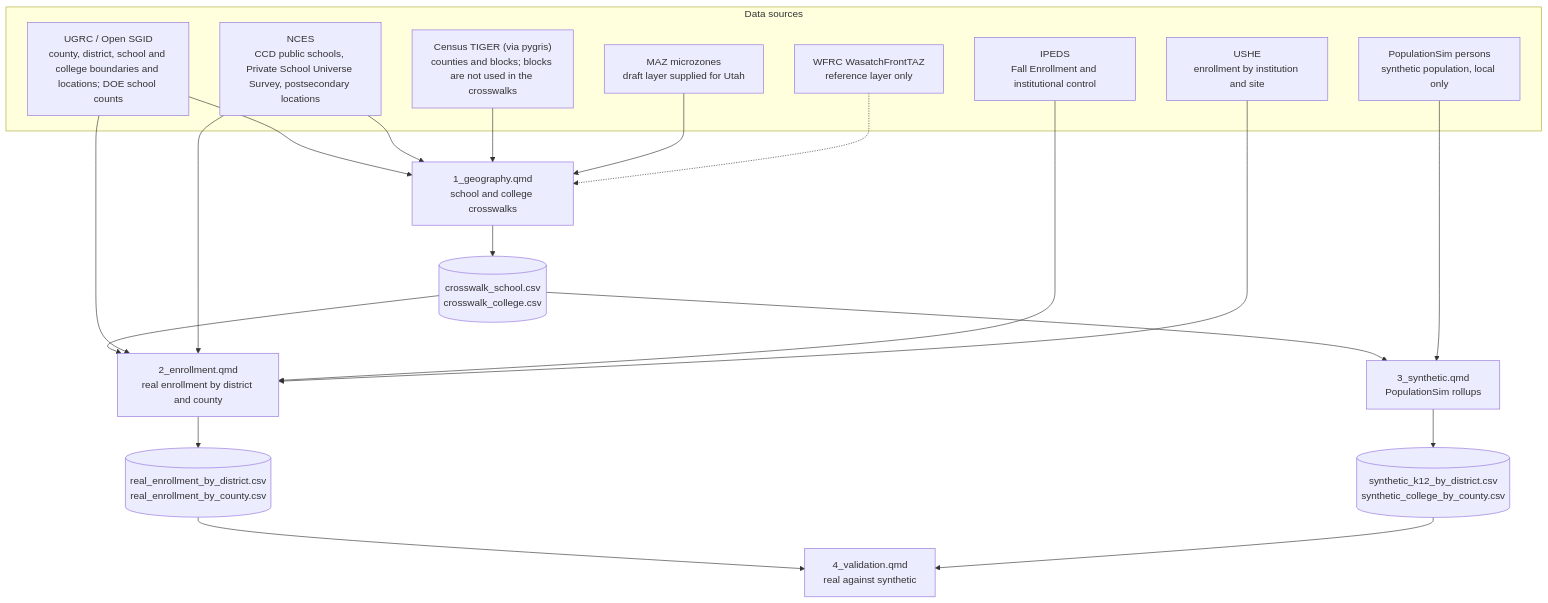
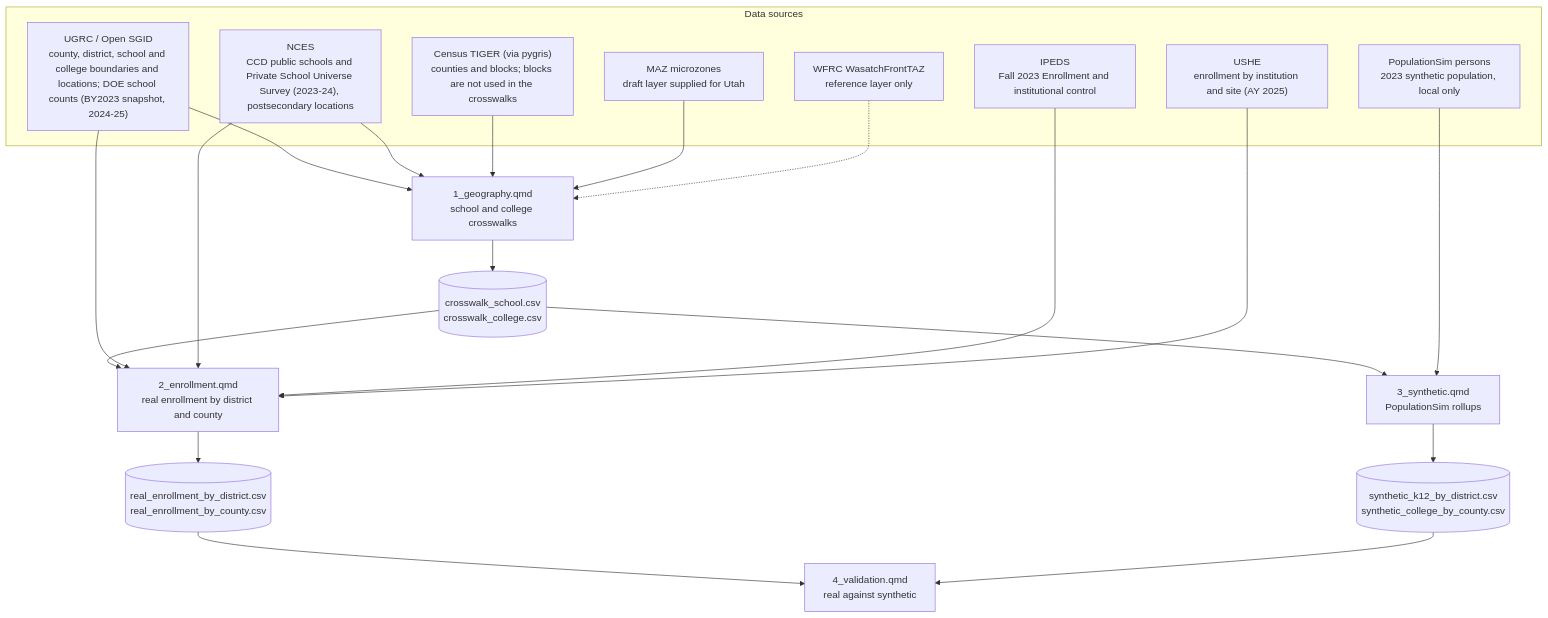
The diagram in index.qmd (WFRCAnalytics/TDM-VAL-SchoolCollegeEnrollment), drawn with Mermaid before and after one commit. The commit also changed other lines of this file and 11 other files, not shown here.

First line of the commit message:
Label each data source with its vintage in charts, tables and captions

````diff
--- a/index.qmd
+++ b/index.qmd
@@ -38,35 +40,35 @@
 ```{mermaid}
 flowchart TD
     subgraph sources["Data sources"]
-        UGRC["UGRC / Open SGID\ncounty, district, school and college boundaries and locations; DOE school counts"]
-        NCES["NCES\nCCD public schools, Private School Universe Survey, postsecondary locations"]
-        IPEDS["IPEDS\nFall Enrollment and institutional control"]
+        UGRC["UGRC / Open SGID\ncounty, district, school and college boundaries and locations; DOE school counts (BY2023 snapshot, 2024-25)"]
+        NCES["NCES\nCCD public schools and Private School Universe Survey (2023-24), postsecondary locations"]
+        IPEDS["IPEDS\nFall 2023 Enrollment and institutional control"]
         CENSUS["Census TIGER (via pygris)\ncounties and blocks; blocks are not used in the crosswalks"]
         MAZSRC["MAZ microzones\ndraft layer supplied for Utah"]
         TAZSRC["WFRC WasatchFrontTAZ\nreference layer only"]
-        USHE["USHE\nenrollment by institution and site"]
-        PSIM["PopulationSim persons\nsynthetic population, local only"]
+        USHE["USHE\nenrollment by institution and site (AY 2025)"]
+        PSIM["PopulationSim persons\n2023 synthetic population, local only"]
     end
 
     UGRC --> GEO
     NCES --> GEO
     CENSUS --> GEO
     MAZSRC --> GEO
     TAZSRC -.-> GEO
     GEO["1_geography.qmd\nschool and college crosswalks"] --> XWALK[("crosswalk_school.csv\ncrosswalk_college.csv")]
 
     XWALK --> ENR
     UGRC --> ENR
     NCES --> ENR
     IPEDS --> ENR
     USHE --> ENR
     ENR["2_enrollment.qmd\nreal enrollment by district and county"] --> ENR_OUT[("real_enrollment_by_district.csv\nreal_enrollment_by_county.csv")]
 
     XWALK --> SYN
     PSIM --> SYN
     SYN["3_synthetic.qmd\nPopulationSim rollups"] --> SYN_OUT[("synthetic_k12_by_district.csv\nsynthetic_college_by_county.csv")]
 
     ENR_OUT --> VAL
     SYN_OUT --> VAL
     VAL["4_validation.qmd\nreal against synthetic"]
 ```
````
